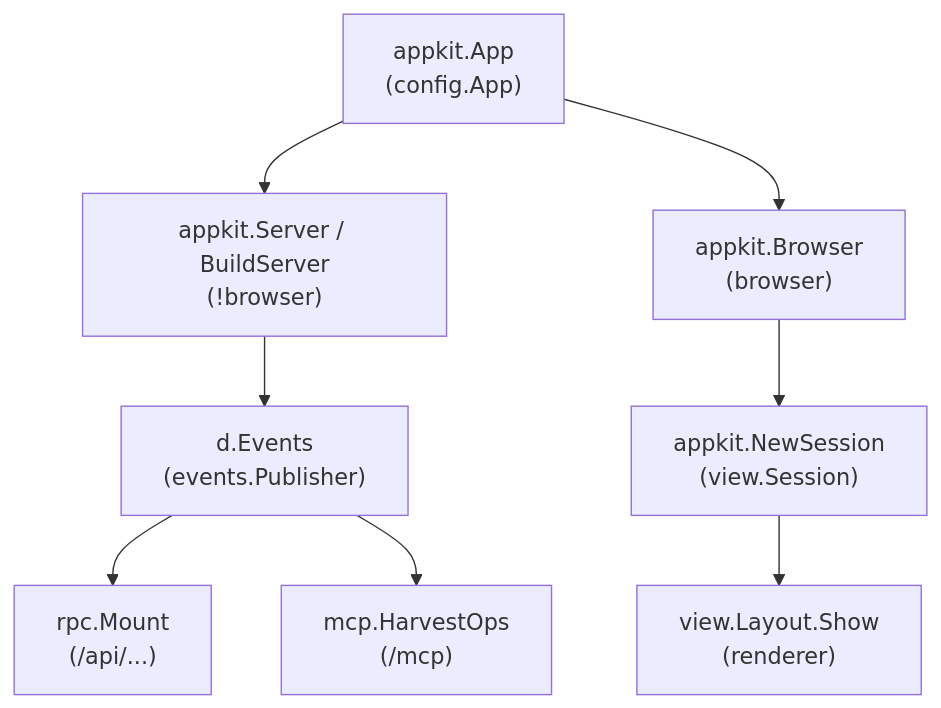
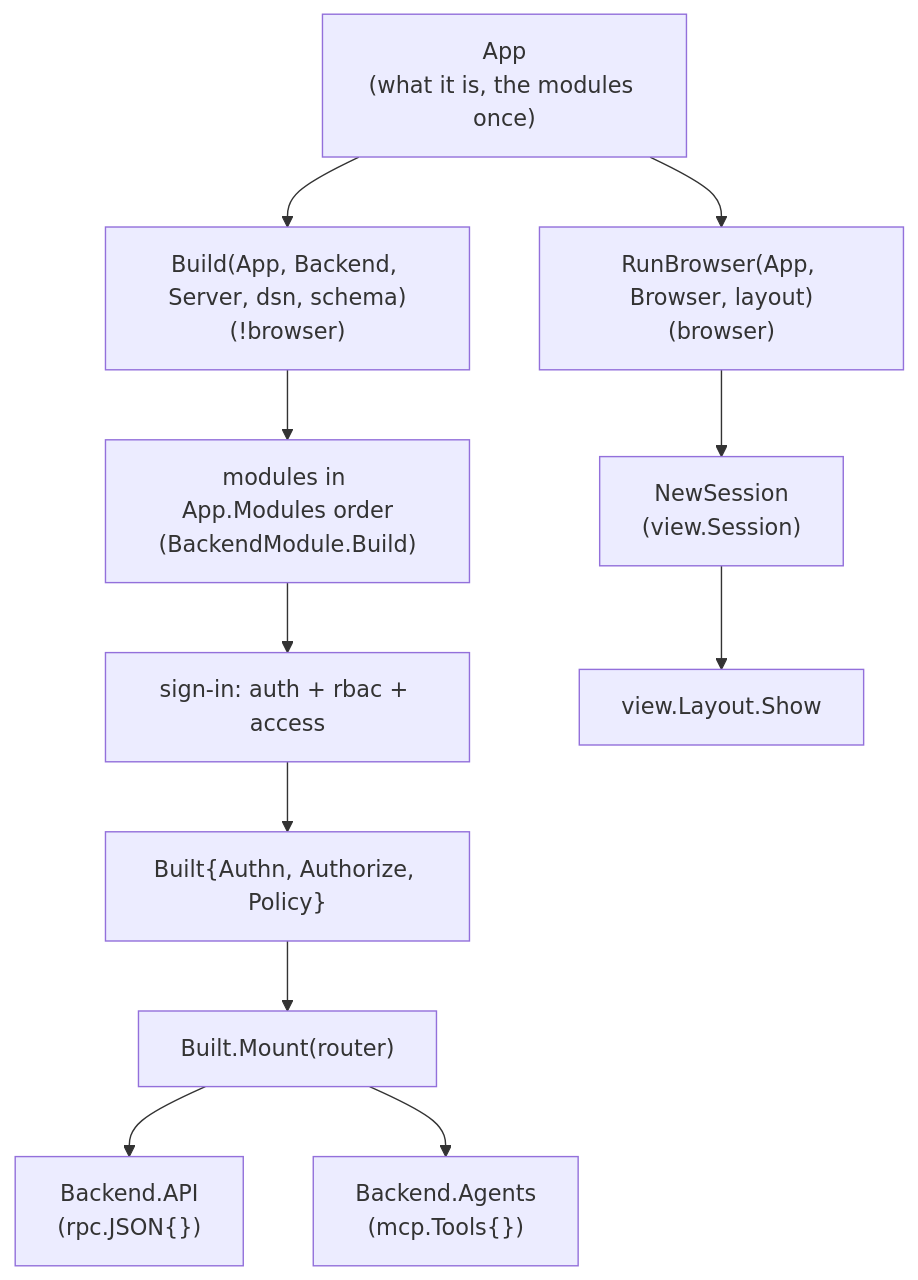
The diagram in docs/ARCHITECTURE.md (webtyp/appkit), drawn with Mermaid before and after one commit. The commit also changed other lines of this file and 39 other files, not shown here.

````diff
--- a/docs/ARCHITECTURE.md
+++ b/docs/ARCHITECTURE.md
@@ -9,10 +7,12 @@
 ```mermaid
 flowchart TD
-    App["appkit.App<br/>(config.App)"] --> ServerBoot["appkit.Server / BuildServer<br/>(!browser)"]
-    App --> BrowserBoot["appkit.Browser<br/>(browser)"]
-    ServerBoot --> Broker["d.Events<br/>(events.Publisher)"]
-    Broker --> RPC["rpc.Mount<br/>(/api/...)"]
-    Broker --> MCP["mcp.HarvestOps<br/>(/mcp)"]
-    BrowserBoot --> Session["appkit.NewSession<br/>(view.Session)"]
-    Session --> Layout["view.Layout.Show<br/>(renderer)"]
+    App["App<br/>(what it is, the modules once)"] --> Build["Build(App, Backend, Server, dsn, schema)<br/>(!browser)"]
+    App --> Run["RunBrowser(App, Browser, layout)<br/>(browser)"]
+    Build --> Modules["modules in App.Modules order<br/>(BackendModule.Build)"]
+    Modules --> SignIn["sign-in: auth + rbac + access"]
+    SignIn --> Built["Built{Authn, Authorize, Policy}"]
+    Built --> Mount["Built.Mount(router)"]
+    Mount --> API["Backend.API<br/>(rpc.JSON{})"]
+    Mount --> Agents["Backend.Agents<br/>(mcp.Tools{})"]
+    Run --> Session["NewSession<br/>(view.Session)"] --> Layout["view.Layout.Show"]
 ```
````
